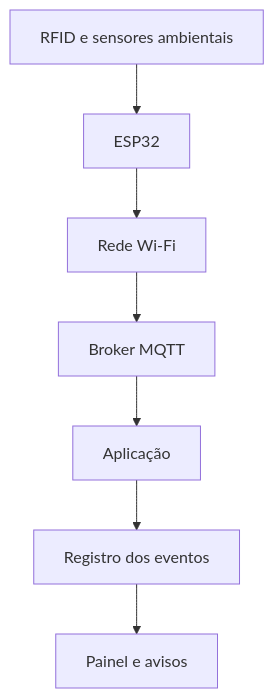
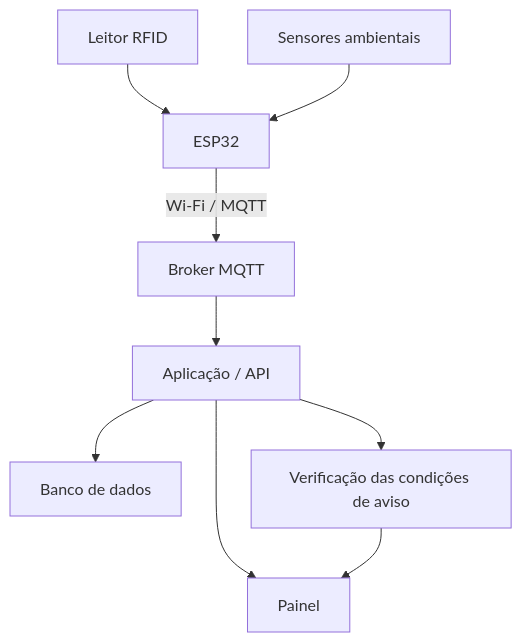
The diagram in README.md (guidabuul/Trunfo-Atomico-IoT), drawn with Mermaid before and after one commit. The commit also changed other lines of this file, not shown here.

````diff
--- a/README.md
+++ b/README.md
@@ -33,9 +42,11 @@
 ```mermaid
 flowchart TD
-    A["RFID e sensores ambientais"] --> B["ESP32"]
-    B --> C["Rede Wi-Fi"]
-    C --> D["Broker MQTT"]
-    D --> E["Aplicação"]
-    E --> F["Registro dos eventos"]
-    F --> G["Painel e avisos"]
+    A["Leitor RFID"] --> C["ESP32"]
+    B["Sensores ambientais"] --> C
+    C -->|"Wi-Fi / MQTT"| D["Broker MQTT"]
+    D --> E["Aplicação / API"]
+    E --> F["Banco de dados"]
+    E --> G["Painel"]
+    E --> H["Verificação das condições de aviso"]
+    H --> G
 ```
````
